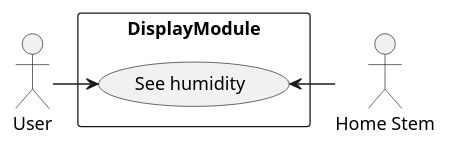
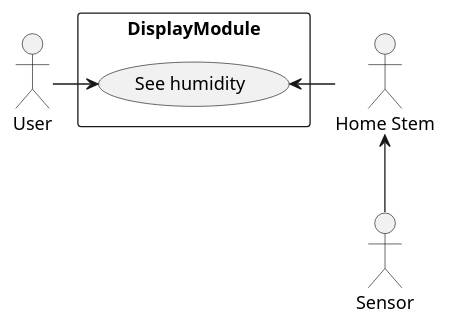
One commit to yam-tossy/HomeStem changed the diagram in docs/00_usecase.pu. Above: the diagram before and after it, drawn with PlantUML.

Commit message:
modify usecase diagram.

```diff
--- a/docs/00_usecase.pu
+++ b/docs/00_usecase.pu
@@ -1,11 +1,13 @@
 @startuml
 
 actor "User" as user
 rectangle DisplayModule {
   usecase "See humidity" as UC1
 }
 user -right-> UC1
 actor "Home Stem" as hs
 hs -left->UC1
 
+actor "Sensor" as sensor
+hs <-- sensor
 @enduml
```
